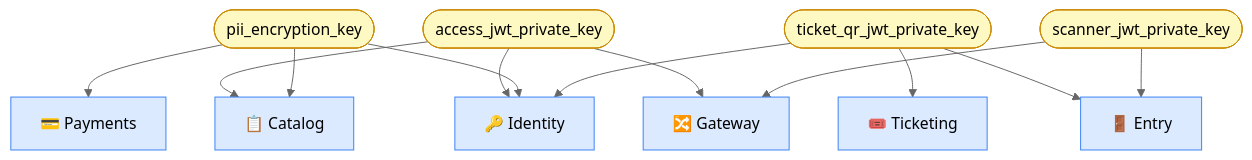
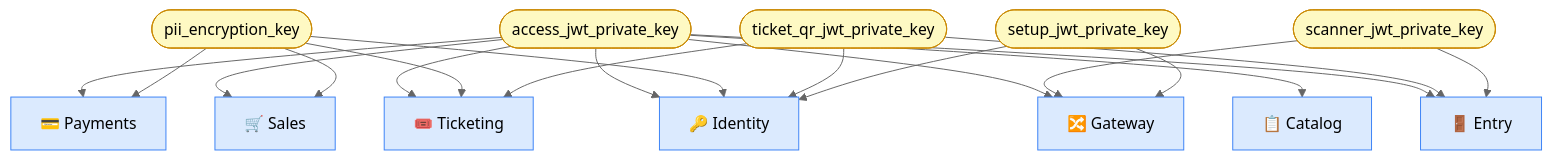
Before and after one commit to cristiangilsanz/qrew: the diagram in docs/development/configuration.md, drawn with Mermaid (neutral theme). The commit also changed other lines of this file and 399 other files, not shown here.

````diff
--- a/docs/development/configuration.md
+++ b/docs/development/configuration.md
@@ -223,22 +224,25 @@
 ```mermaid
 flowchart TB
     k1(["access_jwt_private_key"]):::key
     k2(["pii_encryption_key"]):::key
     k3(["ticket_qr_jwt_private_key"]):::key
     k4(["scanner_jwt_private_key"]):::key
+    k5(["setup_jwt_private_key"]):::key
 
     identity["🔑 Identity"]:::svc
     gateway["🔀 Gateway"]:::svc
     catalog["📋 Catalog"]:::svc
+    sales["🛒 Sales"]:::svc
     payments["💳 Payments"]:::svc
     ticketing["🎟️ Ticketing"]:::svc
     entry["🚪 Entry"]:::svc
 
-    k1 --> identity & gateway & catalog
-    k2 --> identity & catalog & payments
+    k1 --> identity & gateway & catalog & sales & payments & ticketing & entry
+    k2 --> identity & sales & payments & ticketing
     k3 --> identity & ticketing & entry
     k4 --> entry & gateway
+    k5 --> identity & gateway
 
     classDef key fill:#fef9c3,stroke:#ca8a04,color:#000
     classDef svc fill:#dbeafe,stroke:#3b82f6,color:#000
 ```
````
